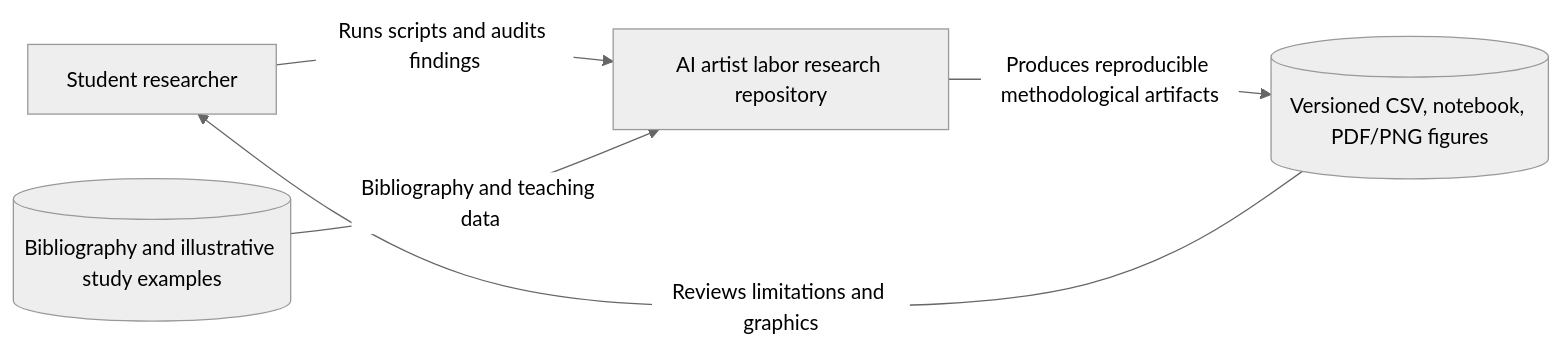
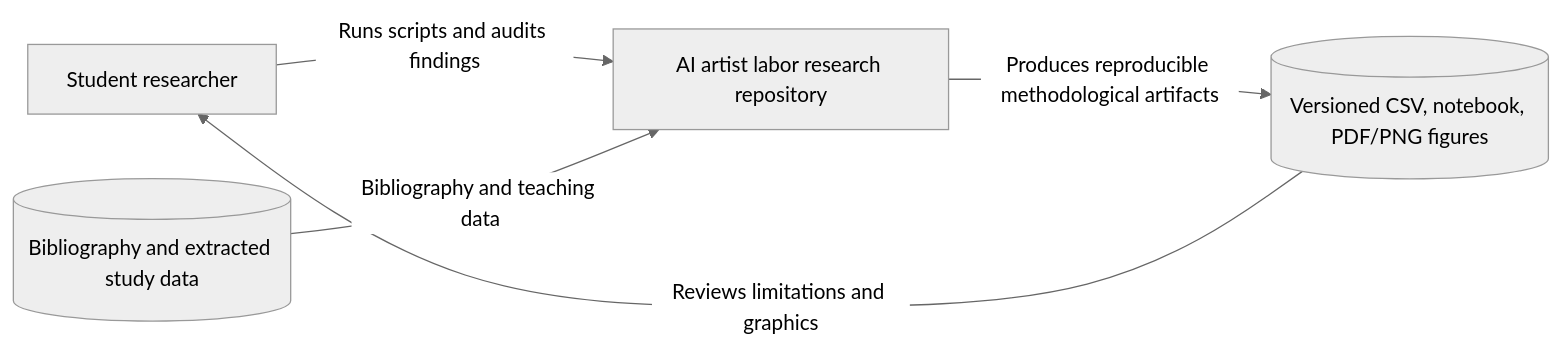
Before and after one commit to elvheaven/ai-artist-labor-research: the first of 2 diagrams in docs/domain_model.md, drawn with Mermaid (neutral theme). The commit also changed other lines of this file and 15 other files, not shown here.

````diff
--- a/docs/domain_model.md
+++ b/docs/domain_model.md
@@ -18,11 +18,11 @@
 ```mermaid
 flowchart LR
     R[Student researcher]
     S[AI artist labor research repository]
-    L[(Bibliography and illustrative study examples)]
+    L[(Bibliography and extracted study data)]
     O[(Versioned CSV, notebook, PDF/PNG figures)]
     R -->|Runs scripts and audits findings| S
     L -->|Bibliography and teaching data| S
     S -->|Produces reproducible methodological artifacts| O
     O -->|Reviews limitations and graphics| R
 ```
````
